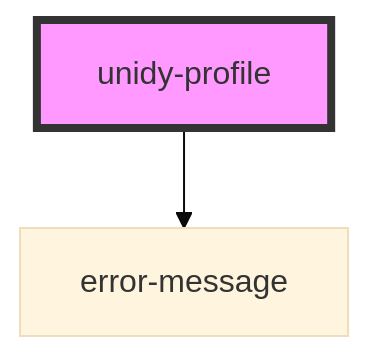
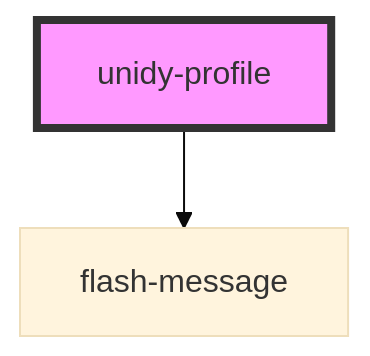
The diagram in packages/unidy-profile/src/components/unidy-profile/readme.md (UnidyID/unidy-sdk), drawn with Mermaid (base theme) before and after one commit. The commit also changed other lines of this file and 8 other files, not shown here.

````diff
--- a/packages/unidy-profile/src/components/unidy-profile/readme.md
+++ b/packages/unidy-profile/src/components/unidy-profile/readme.md
@@ -27,5 +27,5 @@
 ```mermaid
 graph TD;
-  unidy-profile --> error-message
+  unidy-profile --> flash-message
   style unidy-profile fill:#f9f,stroke:#333,stroke-width:4px
 ```
````
